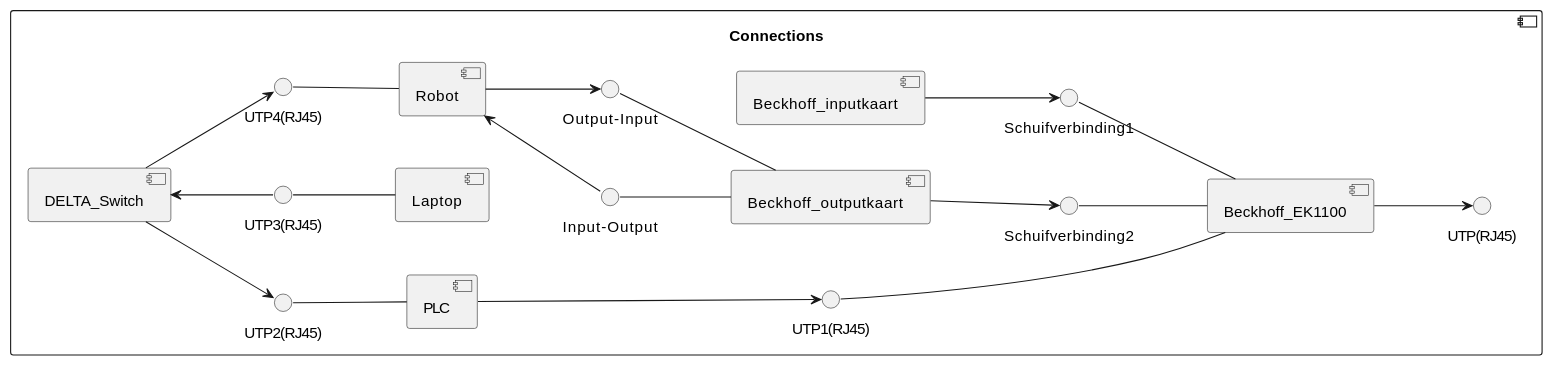
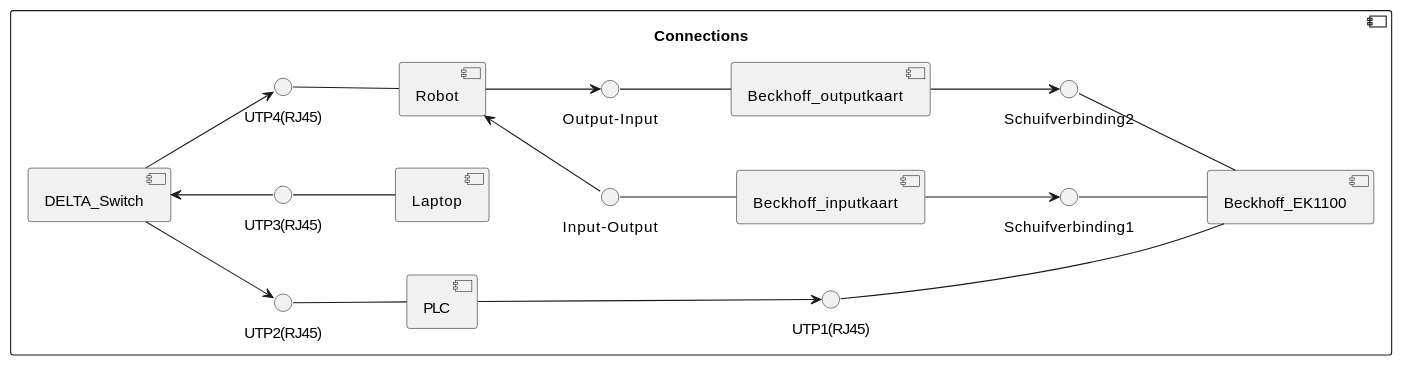
One commit to Timon14kraan/Project-Proces-and-Safety changed the diagram in src/Connections.md. Above: the diagram before and after it, drawn with PlantUML. The commit also changed 5 other files, not shown here.

````diff
--- a/src/Connections.md
+++ b/src/Connections.md
@@ -2,50 +2,41 @@
 ```plantuml
 @startuml conncections
 skinparam backgroundColor transparent
 left to right direction
 'skinparam linetype ortho
 
 component Connections {
     
     [Beckhoff_EK1100]
     () "Schuifverbinding1" -- Beckhoff_EK1100
     () "Schuifverbinding2" -- Beckhoff_EK1100
     () "UTP1(RJ45)" -- Beckhoff_EK1100
-    Beckhoff_EK1100 --> "UTP(RJ45)"
     
     [PLC]
     () "UTP2(RJ45)" -- PLC
     PLC --> "UTP1(RJ45)"
 
     [Beckhoff_inputkaart]
+    () "Input-Output" -- Beckhoff_inputkaart
     Beckhoff_inputkaart --> "Schuifverbinding1"
 
     [Beckhoff_outputkaart]
-    () "Input-Output" -- Beckhoff_outputkaart
-     () "Output-Input" -- Beckhoff_outputkaart
+    () "Output-Input" -- Beckhoff_outputkaart
     Beckhoff_outputkaart --> "Schuifverbinding2"
 
     [DELTA_Switch]
     DELTA_Switch --> "UTP2(RJ45)"
     DELTA_Switch <-- "UTP3(RJ45)"
     DELTA_Switch --> "UTP4(RJ45)"
 
     [Laptop]
     () "UTP3(RJ45)" -- Laptop
 
     [Robot]
     () "UTP4(RJ45)" -- Robot
     Robot <-- "Input-Output"
     Robot --> "Output-Input"
 
 }
-
-
-
-
-
-
-
-
 @enduml
 ```
````
